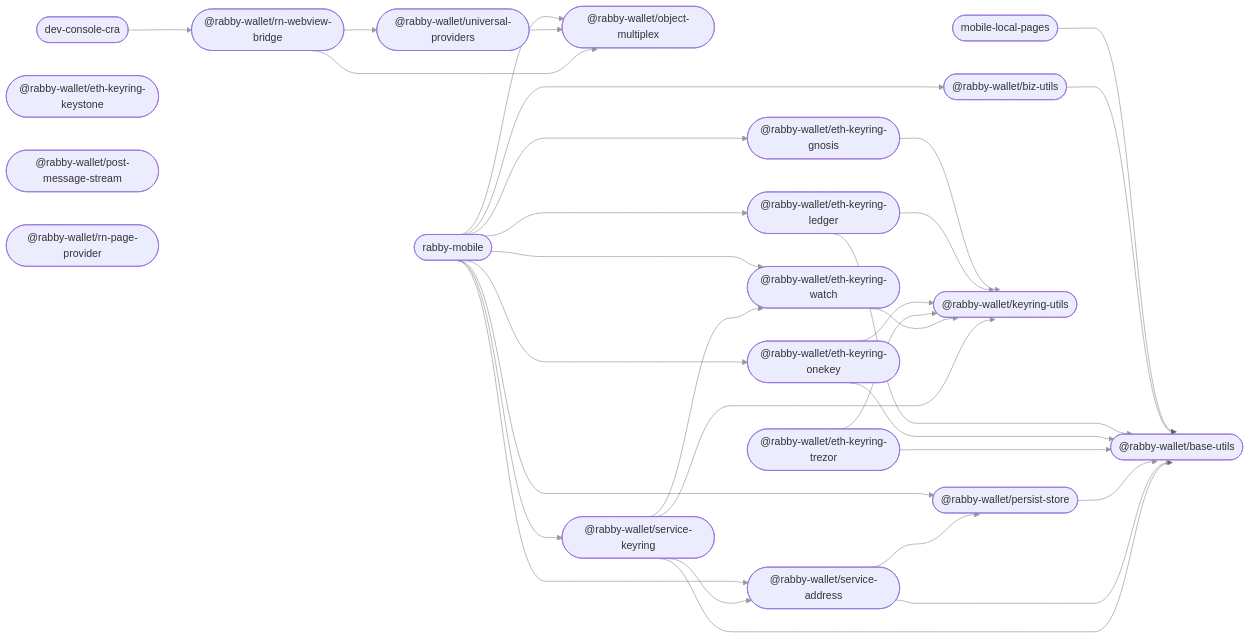
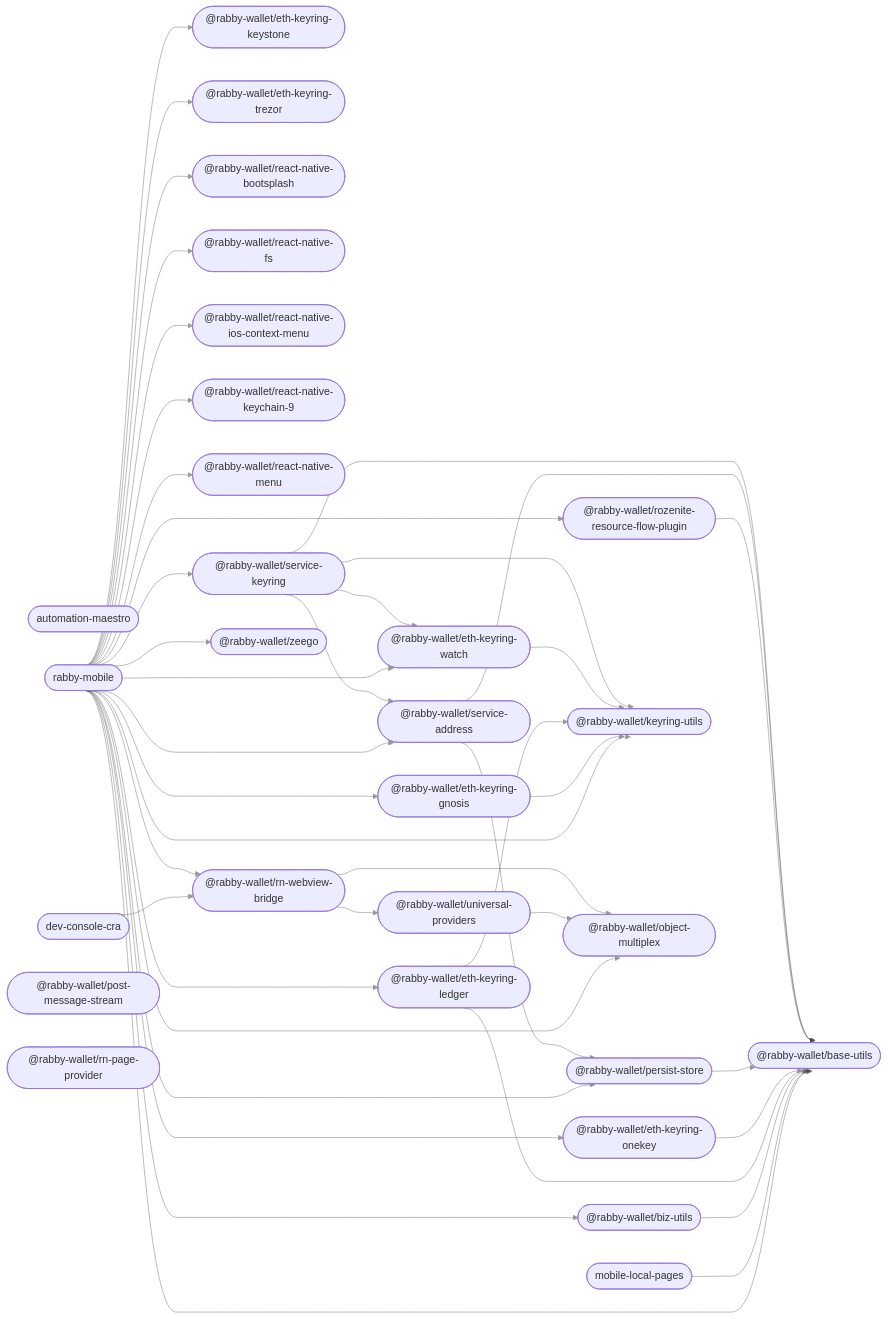
The diagram in README.md (RabbyHub/rabby-mobile), drawn with Mermaid before and after one commit. The commit also changed other lines of this file, not shown here.

Commit message:
docs: refresh the README dependency graph

````diff
--- a/README.md
+++ b/README.md
@@ -38,55 +46,73 @@
 ```mermaid
 %%{ init: { 'flowchart': { 'curve': 'bumpX' } } }%%
 graph LR;
 linkStyle default opacity:0.5
+  automation_maestro(["automation-maestro"]);
   dev_console_cra(["dev-console-cra"]);
   rabby_mobile(["rabby-mobile"]);
   mobile_local_pages(["mobile-local-pages"]);
   base_utils(["@rabby-wallet/base-utils"]);
   biz_utils(["@rabby-wallet/biz-utils"]);
   eth_keyring_gnosis(["@rabby-wallet/eth-keyring-gnosis"]);
   eth_keyring_keystone(["@rabby-wallet/eth-keyring-keystone"]);
   eth_keyring_ledger(["@rabby-wallet/eth-keyring-ledger"]);
   eth_keyring_onekey(["@rabby-wallet/eth-keyring-onekey"]);
   eth_keyring_trezor(["@rabby-wallet/eth-keyring-trezor"]);
   eth_keyring_watch(["@rabby-wallet/eth-keyring-watch"]);
   keyring_utils(["@rabby-wallet/keyring-utils"]);
   object_multiplex(["@rabby-wallet/object-multiplex"]);
   persist_store(["@rabby-wallet/persist-store"]);
   post_message_stream(["@rabby-wallet/post-message-stream"]);
   universal_providers(["@rabby-wallet/universal-providers"]);
+  react_native_bootsplash(["@rabby-wallet/react-native-bootsplash"]);
+  react_native_fs(["@rabby-wallet/react-native-fs"]);
+  react_native_ios_context_menu(["@rabby-wallet/react-native-ios-context-menu"]);
+  react_native_keychain_9(["@rabby-wallet/react-native-keychain-9"]);
+  react_native_menu(["@rabby-wallet/react-native-menu"]);
   rn_page_provider(["@rabby-wallet/rn-page-provider"]);
   rn_webview_bridge(["@rabby-wallet/rn-webview-bridge"]);
+  rozenite_resource_flow_plugin(["@rabby-wallet/rozenite-resource-flow-plugin"]);
   service_address(["@rabby-wallet/service-address"]);
   service_keyring(["@rabby-wallet/service-keyring"]);
+  zeego(["@rabby-wallet/zeego"]);
   dev_console_cra --> rn_webview_bridge;
+  rabby_mobile --> base_utils;
   rabby_mobile --> biz_utils;
   rabby_mobile --> eth_keyring_gnosis;
+  rabby_mobile --> eth_keyring_keystone;
   rabby_mobile --> eth_keyring_ledger;
   rabby_mobile --> eth_keyring_onekey;
+  rabby_mobile --> eth_keyring_trezor;
   rabby_mobile --> eth_keyring_watch;
+  rabby_mobile --> keyring_utils;
   rabby_mobile --> object_multiplex;
   rabby_mobile --> persist_store;
+  rabby_mobile --> react_native_bootsplash;
+  rabby_mobile --> react_native_fs;
+  rabby_mobile --> react_native_ios_context_menu;
+  rabby_mobile --> react_native_keychain_9;
+  rabby_mobile --> react_native_menu;
+  rabby_mobile --> rn_webview_bridge;
+  rabby_mobile --> rozenite_resource_flow_plugin;
   rabby_mobile --> service_address;
   rabby_mobile --> service_keyring;
+  rabby_mobile --> zeego;
   mobile_local_pages --> base_utils;
   biz_utils --> base_utils;
   eth_keyring_gnosis --> keyring_utils;
   eth_keyring_ledger --> base_utils;
   eth_keyring_ledger --> keyring_utils;
   eth_keyring_onekey --> base_utils;
-  eth_keyring_onekey --> keyring_utils;
-  eth_keyring_trezor --> base_utils;
-  eth_keyring_trezor --> keyring_utils;
   eth_keyring_watch --> keyring_utils;
   persist_store --> base_utils;
   universal_providers --> object_multiplex;
   rn_webview_bridge --> object_multiplex;
   rn_webview_bridge --> universal_providers;
+  rozenite_resource_flow_plugin --> base_utils;
   service_address --> base_utils;
   service_address --> persist_store;
   service_keyring --> base_utils;
   service_keyring --> eth_keyring_watch;
   service_keyring --> keyring_utils;
   service_keyring --> service_address;
 ```
````
